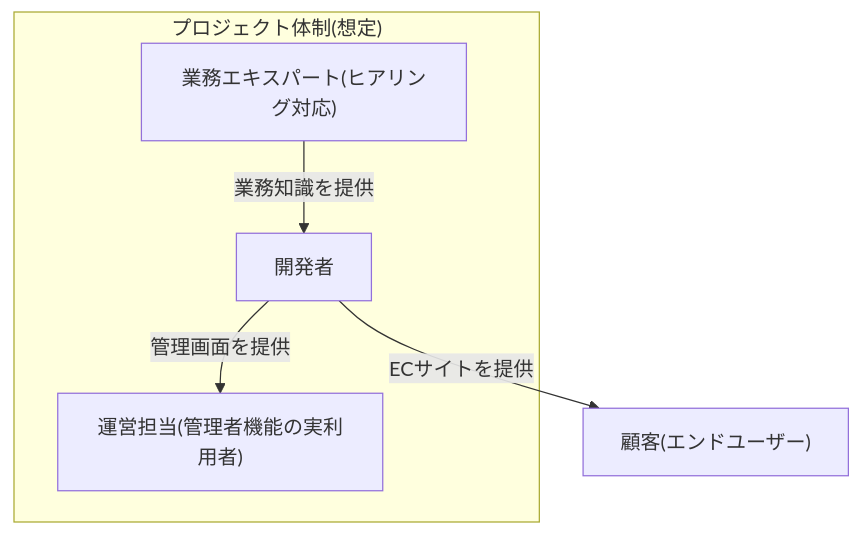
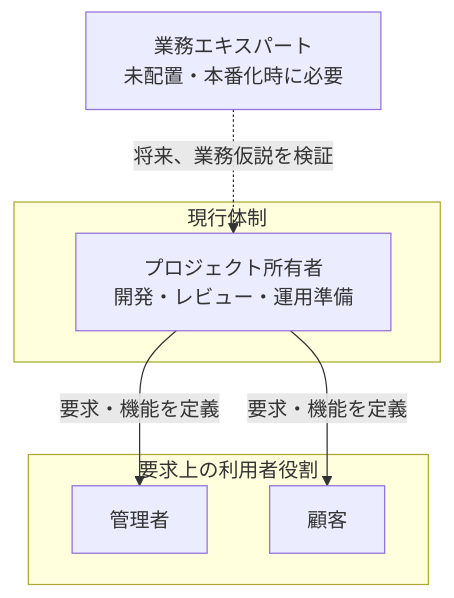
One commit to KokiNakano2nd/ec2site changed the diagram in docs/deliverables/requirements/08_stakeholders.md. Above: the diagram before and after it, drawn with Mermaid. The commit also changed other lines of this file and 79 other files, not shown here.

````diff
--- a/docs/deliverables/requirements/08_stakeholders.md
+++ b/docs/deliverables/requirements/08_stakeholders.md
@@ -23,13 +24,15 @@
 ```mermaid
 flowchart TB
-    subgraph project["プロジェクト体制(想定)"]
-        Dev["開発者"]
-        Ops["運営担当(管理者機能の実利用者)"]
-        Expert["業務エキスパート(ヒアリング対応)"]
+    subgraph current["現行体制"]
+        Owner["プロジェクト所有者<br/>開発・レビュー・運用準備"]
     end
-    Customer["顧客(エンドユーザー)"]
+    subgraph requirement_roles["要求上の利用者役割"]
+        Ops["管理者"]
+        Customer["顧客"]
+    end
+    Expert["業務エキスパート<br/>未配置・本番化時に必要"]
 
-    Expert -->|業務知識を提供| Dev
-    Dev -->|管理画面を提供| Ops
-    Dev -->|ECサイトを提供| Customer
+    Owner -->|要求・機能を定義| Ops
+    Owner -->|要求・機能を定義| Customer
+    Expert -.->|将来、業務仮説を検証| Owner
 ```
````
